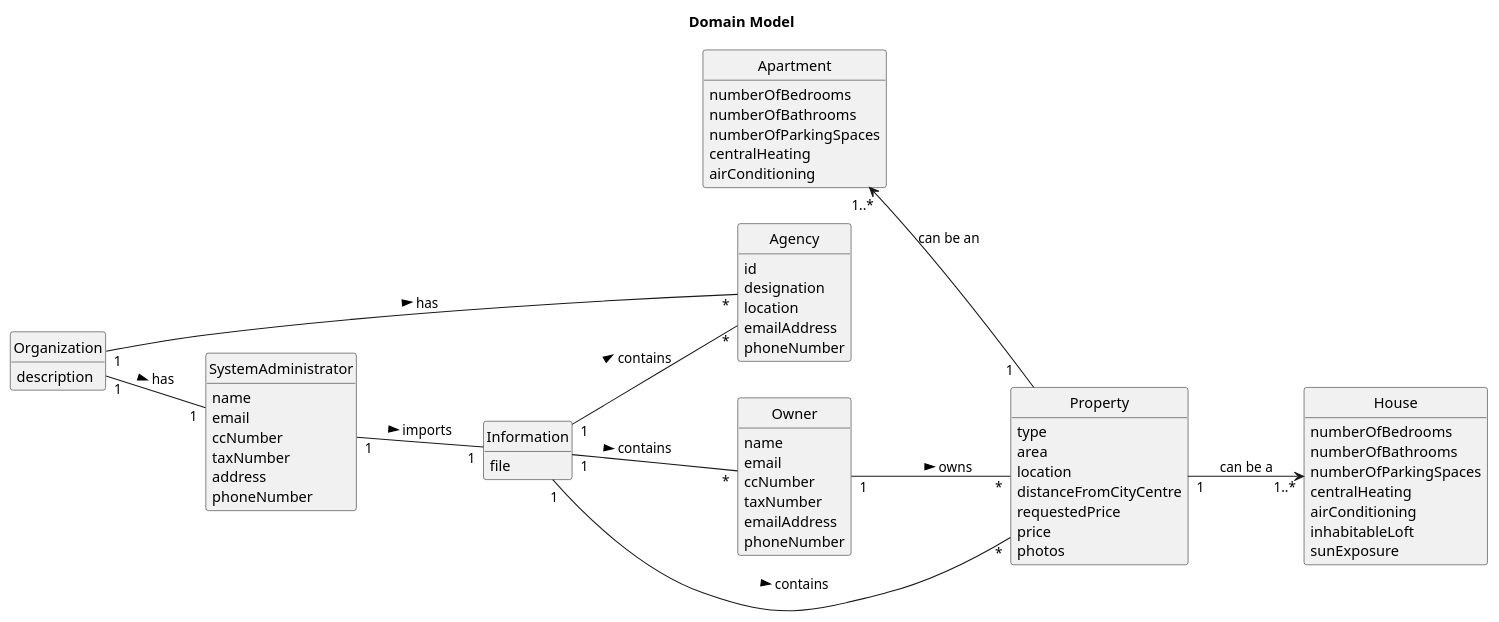
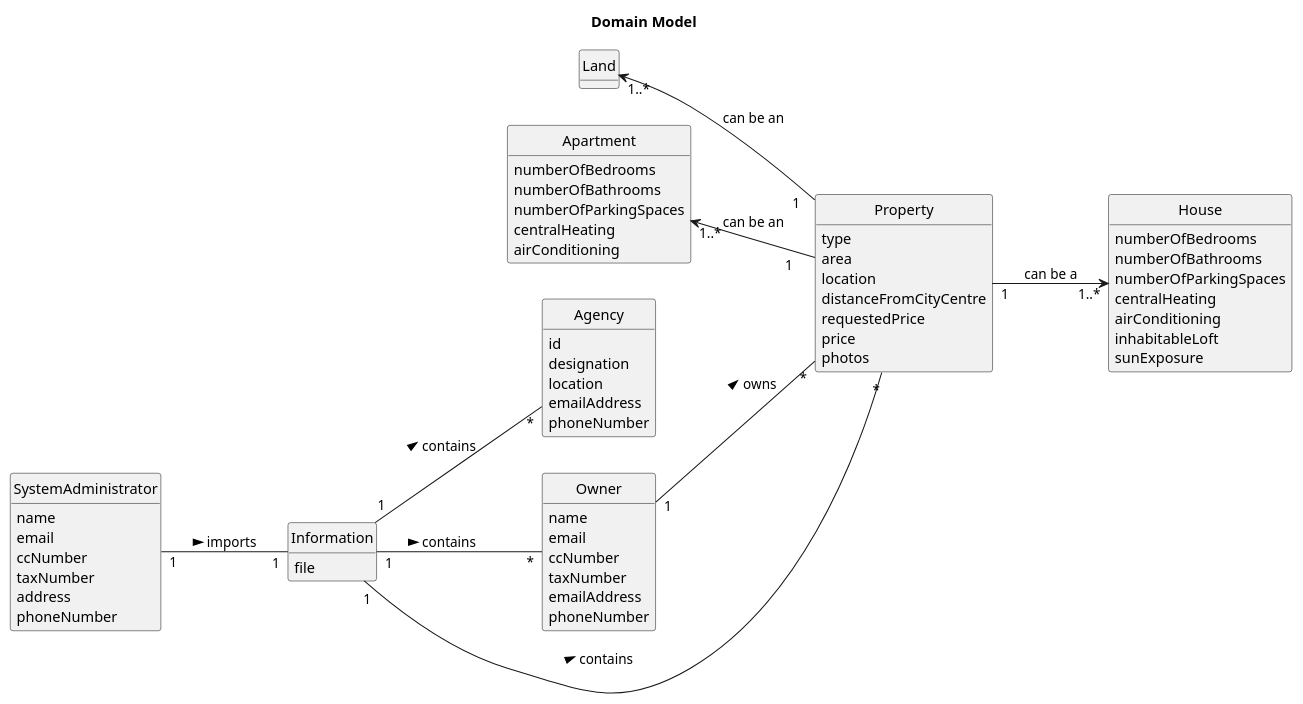
Before and after one commit to Rodrick0209/ISEP-LAPR2-22-23: the diagram in docs/Sprint-C/US012/02.analysis/puml/us012-domain-model.puml, drawn with PlantUML. The commit also changed 4 other files, not shown here.

```diff
--- a/docs/Sprint-C/US012/02.analysis/puml/us012-domain-model.puml
+++ b/docs/Sprint-C/US012/02.analysis/puml/us012-domain-model.puml
@@ -1,86 +1,81 @@
 @startuml
 skinparam monochrome true
 skinparam packageStyle rectangle
 skinparam shadowing false
 
 left to right direction
 
 skinparam classAttributeIconSize 0
 
 hide circle
 hide methods
 
 title Domain Model
-
-class Organization {
-    description
-}
 
 class Information {
     file
 }
 
 class Agency {
     id
     designation
     location
     emailAddress
     phoneNumber
 }
 
 class Owner {
     name
     email
     ccNumber
     taxNumber
     emailAddress
     phoneNumber
 }
 
 class Property  {
-    type
-    area
-    location
-    distanceFromCityCentre
-    requestedPrice
-    price
-    photos
+       type
+       area
+       location
+       distanceFromCityCentre
+       requestedPrice
+       price
+       photos
 }
 
 class Apartment{
     numberOfBedrooms
     numberOfBathrooms
     numberOfParkingSpaces
     centralHeating
     airConditioning
 }
 
 class House{
     numberOfBedrooms
     numberOfBathrooms
     numberOfParkingSpaces
     centralHeating
     airConditioning
     inhabitableLoft
     sunExposure
 }
 
 class SystemAdministrator {
     name
     email
     ccNumber
     taxNumber
     address
     phoneNumber
 }
 
-Organization "1" - "*" Agency : has >
-Organization "1" -- "1" SystemAdministrator : has >
 SystemAdministrator "1" -- "1" Information: imports >
 Information "1" -- "*" Agency: contains >
 Information "1" -- "*" Property: contains >
 Information "1" -- "*" Owner: contains >
 Owner "1" -- "*" Property: owns >
 Property "1"-D-> "1..*" House :  can be a
 Property "1    "-U-> "1..* " Apartment :  can be an
+Property "1  "-U-> "1..* " Land :  can be an
 @enduml
```
